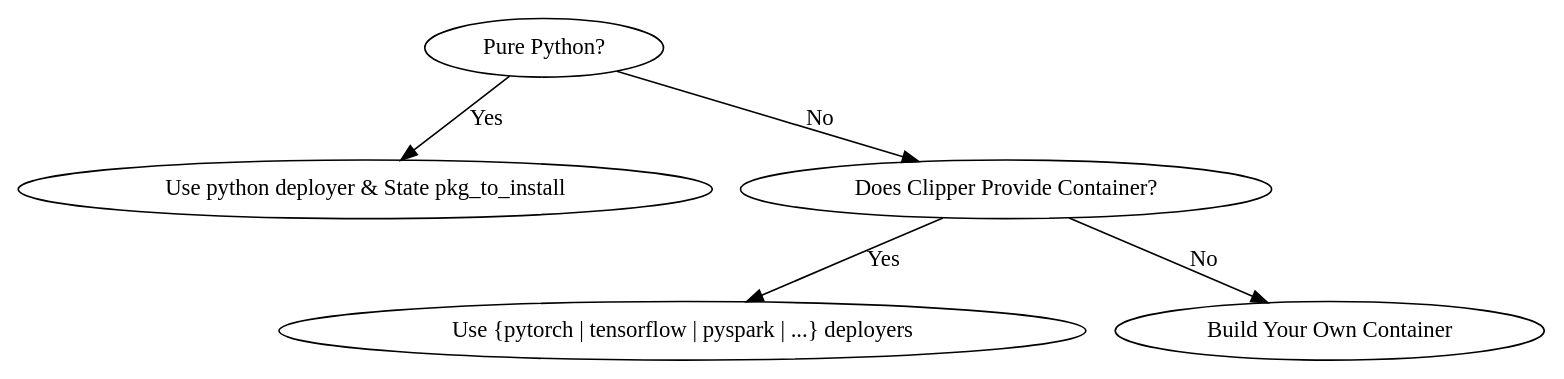
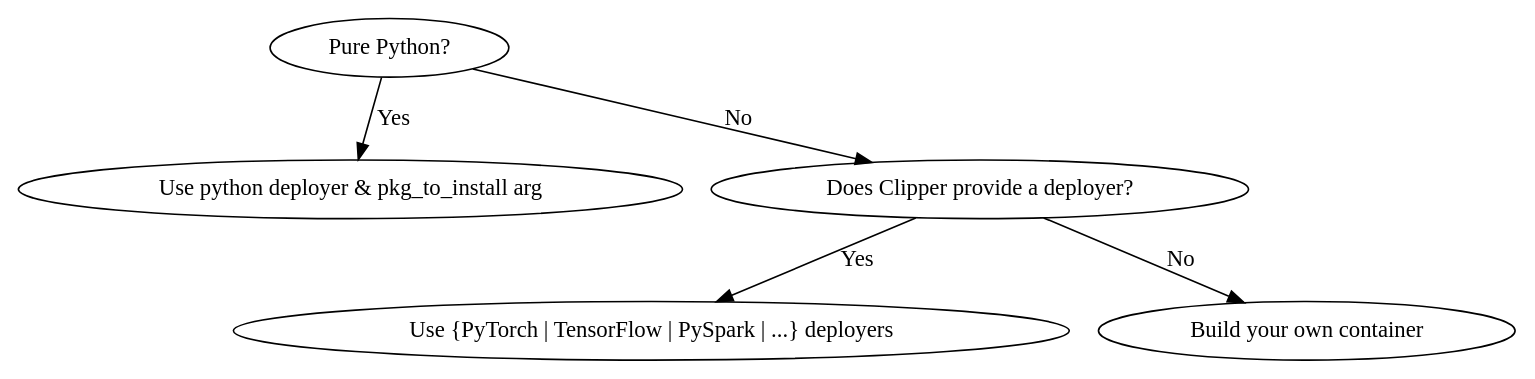
The diagram in clipper_admin/docs/model_deployers.rst (ucbrise/clipper), drawn with Graphviz before and after one commit. The commit also changed other lines of this file and 1 other file, not shown here.

```diff
--- a/clipper_admin/docs/model_deployers.rst
+++ b/clipper_admin/docs/model_deployers.rst
@@ -23,8 +24,8 @@
 .. graphviz::
 
    digraph foo {
-      "Pure Python?" -> "Use python deployer & State pkg_to_install" [ label="Yes" ];
-      "Pure Python?" -> "Does Clipper Provide Container?" [ label="No" ];
-      "Does Clipper Provide Container?" -> "Use {pytorch | tensorflow | pyspark | ...} deployers" [ label="Yes" ];
-      "Does Clipper Provide Container?" -> "Build Your Own Container" [ label="No" ];
+      "Pure Python?" -> "Use python deployer & pkg_to_install arg" [ label="Yes" ];
+      "Pure Python?" -> "Does Clipper provide a deployer?" [ label="No" ];
+      "Does Clipper provide a deployer?" -> "Use {PyTorch | TensorFlow | PySpark | ...} deployers" [ label="Yes" ];
+      "Does Clipper provide a deployer?" -> "Build your own container" [ label="No" ];
    }
```
